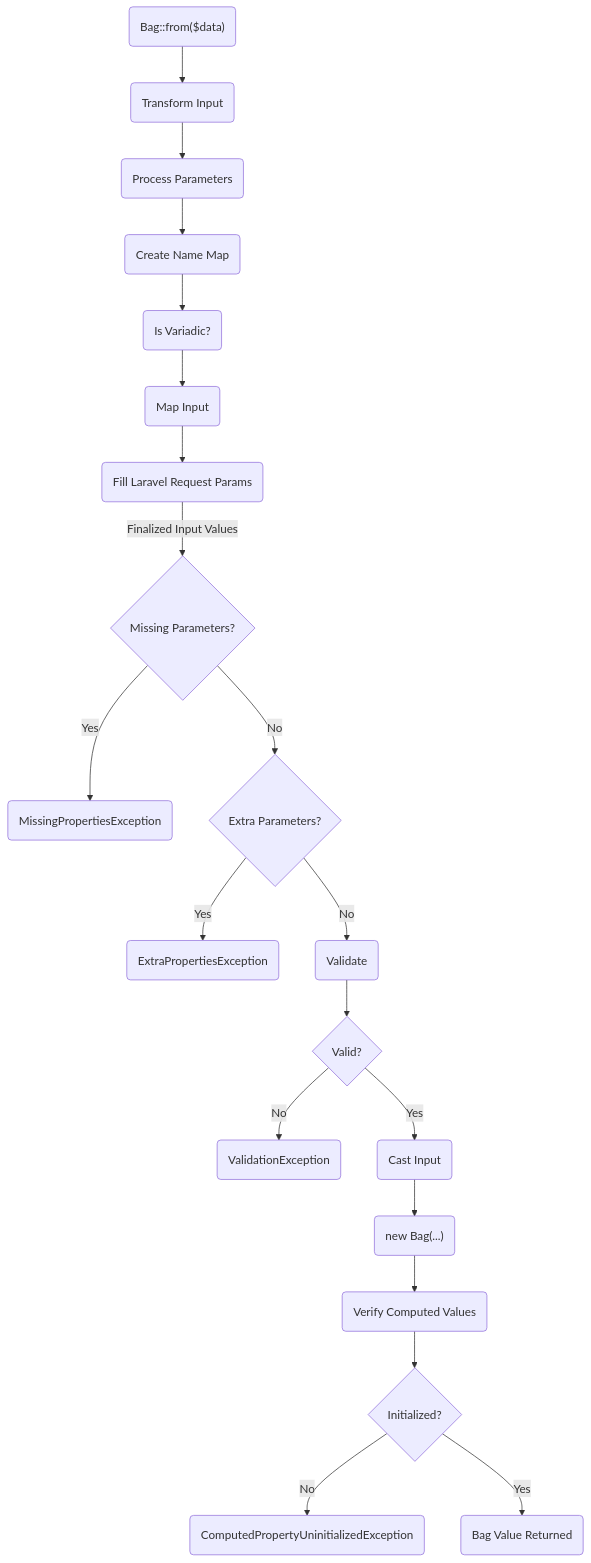
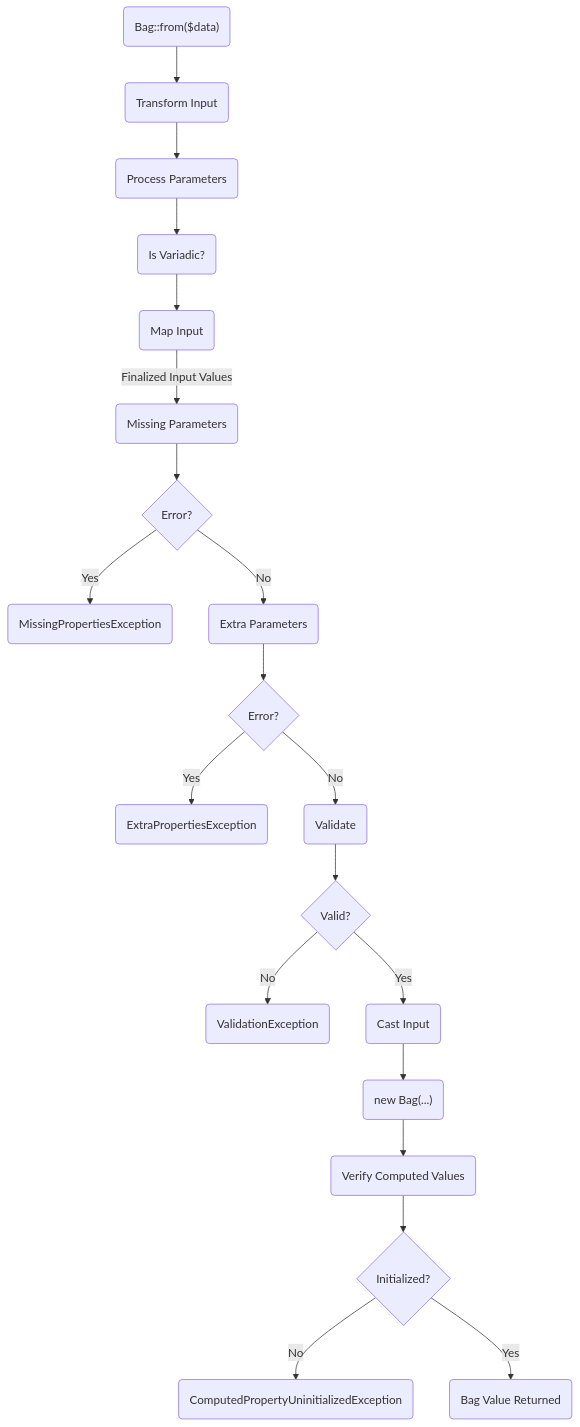
Before and after one commit to dshafik/bag: the first of 4 diagrams in docs/how-bag-works.md, drawn with Mermaid. The commit also changed other lines of this file and 1 other file, not shown here.

````diff
--- a/docs/how-bag-works.md
+++ b/docs/how-bag-works.md
@@ -10,30 +20,39 @@
 ```mermaid
 graph TD;
 start("Bag::from($data)")
 --> transform(Transform Input)
 --> process(Process Parameters) 
---> map(Create Name Map)
 --> variadic(Is Variadic?)
 --> mapInput(Map Input)
---> fill(Fill Laravel Request Params)
--- Finalized Input Values --> missing{Missing Parameters?}
-missing -- Yes --> errorMissingProperties(MissingPropertiesException)
-missing -- No --> extra{Extra Parameters?}
-extra -- Yes --> errorExtraProperties(ExtraPropertiesException)
-extra -- No --> validate(Validate)
+-- Finalized Input Values --> missing(Missing Parameters) --> missingError{Error?}
+missingError -- Yes --> errorMissingParameters(MissingPropertiesException)
+missingError -- No --> extra(Extra Parameters) --> extraError{Error?}
+extraError -- Yes --> errorExtraParameters(ExtraPropertiesException)
+extraError -- No --> validate(Validate)
 --> valid{Valid?}
 valid -- No --> errorValidation(ValidationException)
 valid -- Yes --> cast(Cast Input)
 --> construct("new Bag(...)")
 --> computed(Verify Computed Values)
 --> initialized{Initialized?}
 initialized -- No --> errorInitialization(ComputedPropertyUninitializedException)
 initialized -- Yes
 --> bag(Bag Value Returned)
 
 class start mermaid-start
-class missing,extra,valid,initialized mermaid-decision
+class missingError,extraError,valid,initialized mermaid-decision
 class bag mermaid-end
+class errorMissingParameters,errorExtraParameters,errorValidation,errorInitialization mermaid-error
 
-click transform "https://dshafik.github.io/bag"
+click start "https://github.com/dshafik/bag/blob/main/src/Bag/Bag.php" _blank
+click transform "https://github.com/dshafik/bag/blob/main/src/Bag/Pipelines/Pipes/Transform.php" _blank
+click process "https://github.com/dshafik/bag/blob/main/src/Bag/Pipelines/Pipes/ProcessParameters.php" _blank
+click variadic "https://github.com/dshafik/bag/blob/main/src/Bag/Pipelines/Pipes/IsVariadic.php" _blank
+click mapInput "https://github.com/dshafik/bag/blob/main/src/Bag/Pipelines/Pipes/MapInput.php" _blank
+click missing "https://github.com/dshafik/bag/blob/main/src/Bag/Pipelines/Pipes/MissingParameters.php" _blank
+click extra "https://github.com/dshafik/bag/blob/main/src/Bag/Pipelines/Pipes/ExtraParameters.php" _blank
+click validate "https://github.com/dshafik/bag/blob/main/src/Bag/Pipelines/Pipes/Validate.php" _blank
+click cast "https://github.com/dshafik/bag/blob/main/src/Bag/Pipelines/Pipes/CastInputValues.php" _blank
+click construct "https://github.com/dshafik/bag/blob/main/src/Bag/Pipelines/Pipes/FillBag.php" _blank
+click computed "https://github.com/dshafik/bag/blob/main/src/Bag/Pipelines/Pipes/ComputedValues.php" _blank
 ```
````
